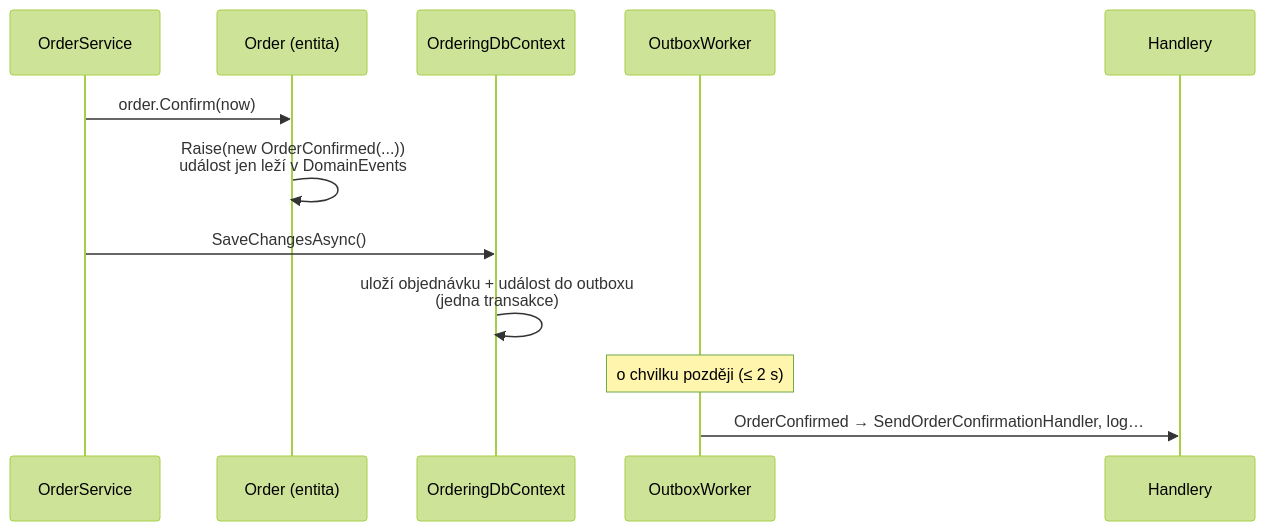
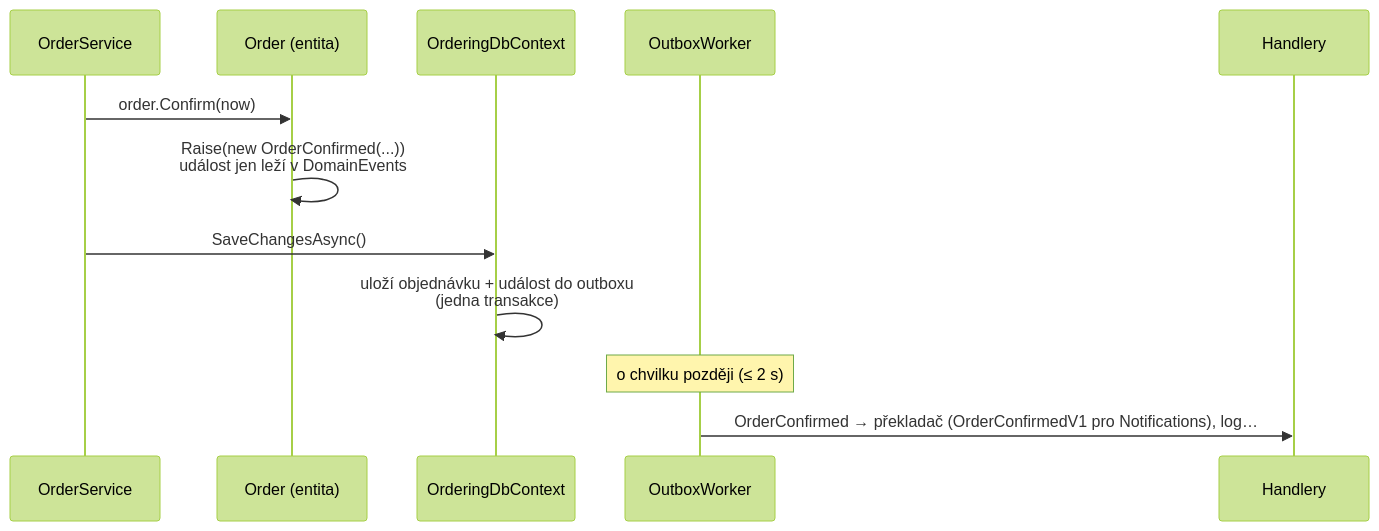
One commit to ftichy/MiniShop changed the diagram in docs/prirucka/eda/domenove-udalosti.md. Above: the diagram before and after it, drawn with Mermaid (forest theme). The commit also changed 59 other files, not shown here.

````diff
--- a/docs/prirucka/eda/domenove-udalosti.md
+++ b/docs/prirucka/eda/domenove-udalosti.md
@@ -20,15 +20,15 @@
 ```mermaid
 sequenceDiagram
     participant S as OrderService
     participant O as Order (entita)
     participant DB as OrderingDbContext
     participant W as OutboxWorker
     participant H as Handlery
 
     S->>O: order.Confirm(now)
     O->>O: Raise(new OrderConfirmed(...))<br/>událost jen leží v DomainEvents
     S->>DB: SaveChangesAsync()
     DB->>DB: uloží objednávku + událost do outboxu<br/>(jedna transakce)
     Note over W: o chvilku později (≤ 2 s)
-    W->>H: OrderConfirmed → SendOrderConfirmationHandler, log…
+    W->>H: OrderConfirmed → překladač (OrderConfirmedV1 pro Notifications), log…
 ```
````
